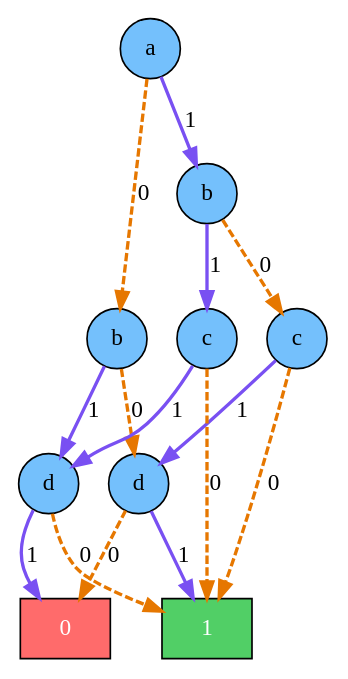
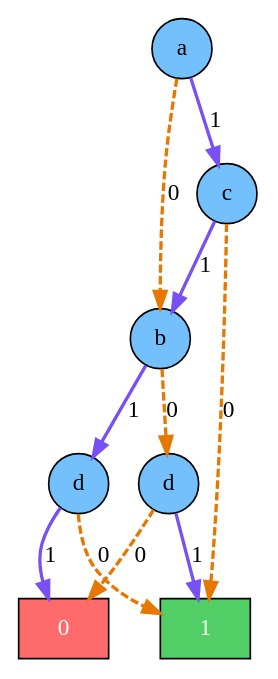
One commit to NickSp543/formal-ver-ex3 changed the diagram in outputs/a_MixedLogic.dot. Above: the diagram before and after it, drawn with Graphviz. The commit also changed 3 other files, not shown here.

```diff
--- a/outputs/a_MixedLogic.dot
+++ b/outputs/a_MixedLogic.dot
@@ -1,31 +1,25 @@
 digraph BDD {
     rankdir=TB;
     node [shape=circle];
 
     // Terminal nodes
     0 [label="0", shape=box, style=filled, fillcolor="#ff6b6b", fontcolor=white];
     1 [label="1", shape=box, style=filled, fillcolor="#51cf66", fontcolor=white];
 
     // Decision nodes and edges
-    24 [label="a", style=filled, fillcolor="#74c0fc"];
-    24 -> 15 [style=dashed, color="#e67700", penwidth=2, label="0"];
-    24 -> 23 [style=solid, color="#7950f2", penwidth=2, label="1"];
+    20 [label="a", style=filled, fillcolor="#74c0fc"];
+    20 -> 15 [style=dashed, color="#e67700", penwidth=2, label="0"];
+    20 -> 19 [style=solid, color="#7950f2", penwidth=2, label="1"];
     15 [label="b", style=filled, fillcolor="#74c0fc"];
     15 -> 7 [style=dashed, color="#e67700", penwidth=2, label="0"];
     15 -> 8 [style=solid, color="#7950f2", penwidth=2, label="1"];
     7 [label="d", style=filled, fillcolor="#74c0fc"];
     7 -> 0 [style=dashed, color="#e67700", penwidth=2, label="0"];
     7 -> 1 [style=solid, color="#7950f2", penwidth=2, label="1"];
     8 [label="d", style=filled, fillcolor="#74c0fc"];
     8 -> 1 [style=dashed, color="#e67700", penwidth=2, label="0"];
     8 -> 0 [style=solid, color="#7950f2", penwidth=2, label="1"];
-    23 [label="b", style=filled, fillcolor="#74c0fc"];
-    23 -> 21 [style=dashed, color="#e67700", penwidth=2, label="0"];
-    23 -> 22 [style=solid, color="#7950f2", penwidth=2, label="1"];
-    21 [label="c", style=filled, fillcolor="#74c0fc"];
-    21 -> 1 [style=dashed, color="#e67700", penwidth=2, label="0"];
-    21 -> 7 [style=solid, color="#7950f2", penwidth=2, label="1"];
-    22 [label="c", style=filled, fillcolor="#74c0fc"];
-    22 -> 1 [style=dashed, color="#e67700", penwidth=2, label="0"];
-    22 -> 8 [style=solid, color="#7950f2", penwidth=2, label="1"];
+    19 [label="c", style=filled, fillcolor="#74c0fc"];
+    19 -> 1 [style=dashed, color="#e67700", penwidth=2, label="0"];
+    19 -> 15 [style=solid, color="#7950f2", penwidth=2, label="1"];
 }
```
